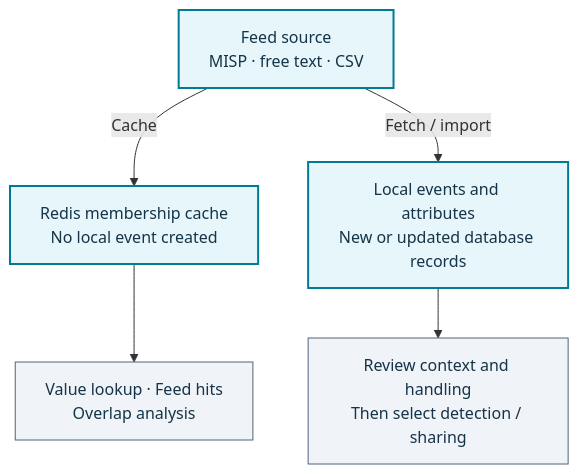
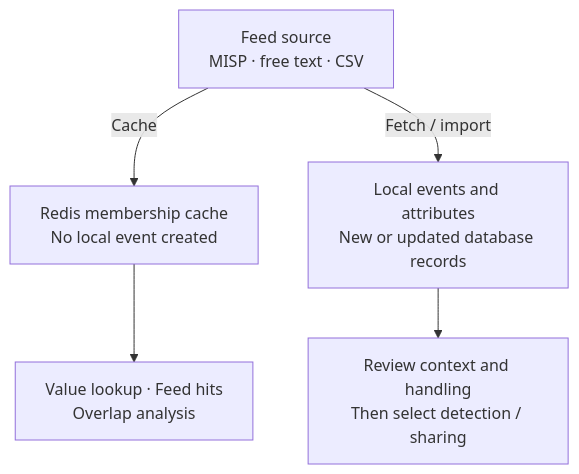
The diagram in managing-feeds/figures/cache-or-import.mmd (MISP/misp-book), drawn with Mermaid before and after one commit. The commit also changed 43 other files, not shown here.

Commit message:
Apply a shared MISP theme and logo to all book diagrams

```diff
--- a/managing-feeds/figures/cache-or-import.mmd
+++ b/managing-feeds/figures/cache-or-import.mmd
@@ -1,11 +1,9 @@
 flowchart TB
   accTitle: Caching and importing a feed are separate operations
   accDescr: A feed can be cached in Redis for value lookups, feed hits and overlap analysis, without creating a local event. Fetching and importing instead creates or updates events and attributes in the database. Imported data needs review before detection use or publication. Either or both operations can be used for a feed.
   F["Feed source<br/>MISP · free text · CSV"] -->|"Cache"| C["Redis membership cache<br/>No local event created"]
   F -->|"Fetch / import"| I["Local events and attributes<br/>New or updated database records"]
   C --> L["Value lookup · Feed hits<br/>Overlap analysis"]
   I --> R["Review context and handling<br/>Then select detection / sharing"]
-  classDef source fill:#e7f6fa,stroke:#007b96,color:#153448,stroke-width:2px;
-  classDef result fill:#f0f3f7,stroke:#516479,color:#153448;
-  class F,C,I source;
-  class L,R result;
+  class F,C,I accent;
+  class L,R muted;
```
